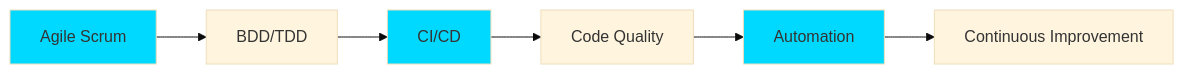
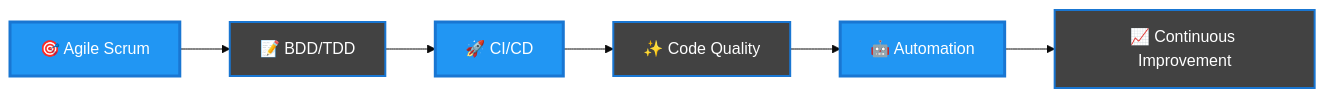
The diagram in README.md (Anassaitouaguerdd/Anassaitouaguerdd), drawn with Mermaid (base theme) before and after one commit. The commit also changed other lines of this file, not shown here.

````diff
--- a/README.md
+++ b/README.md
@@ -201,11 +201,15 @@
 ```mermaid
 graph LR
-    A[Agile Scrum] --> B[BDD/TDD]
-    B --> C[CI/CD]
-    C --> D[Code Quality]
-    D --> E[Automation]
-    E --> F[Continuous Improvement]
-    style A fill:#00D9FF
-    style C fill:#00D9FF
-    style E fill:#00D9FF
+    A[🎯 Agile Scrum] --> B[📝 BDD/TDD]
+    B --> C[🚀 CI/CD]
+    C --> D[✨ Code Quality]
+    D --> E[🤖 Automation]
+    E --> F[📈 Continuous Improvement]
+    
+    style A fill:#2196F3,stroke:#1976D2,stroke-width:3px,color:#fff
+    style B fill:#424242,stroke:#1976D2,stroke-width:2px,color:#fff
+    style C fill:#2196F3,stroke:#1976D2,stroke-width:3px,color:#fff
+    style D fill:#424242,stroke:#1976D2,stroke-width:2px,color:#fff
+    style E fill:#2196F3,stroke:#1976D2,stroke-width:3px,color:#fff
+    style F fill:#424242,stroke:#1976D2,stroke-width:2px,color:#fff
 ```
````
